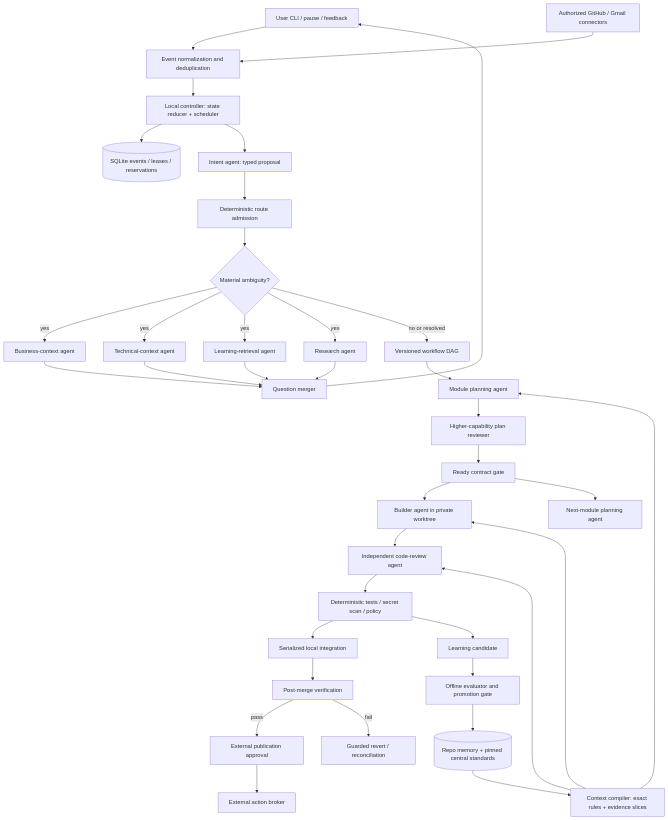
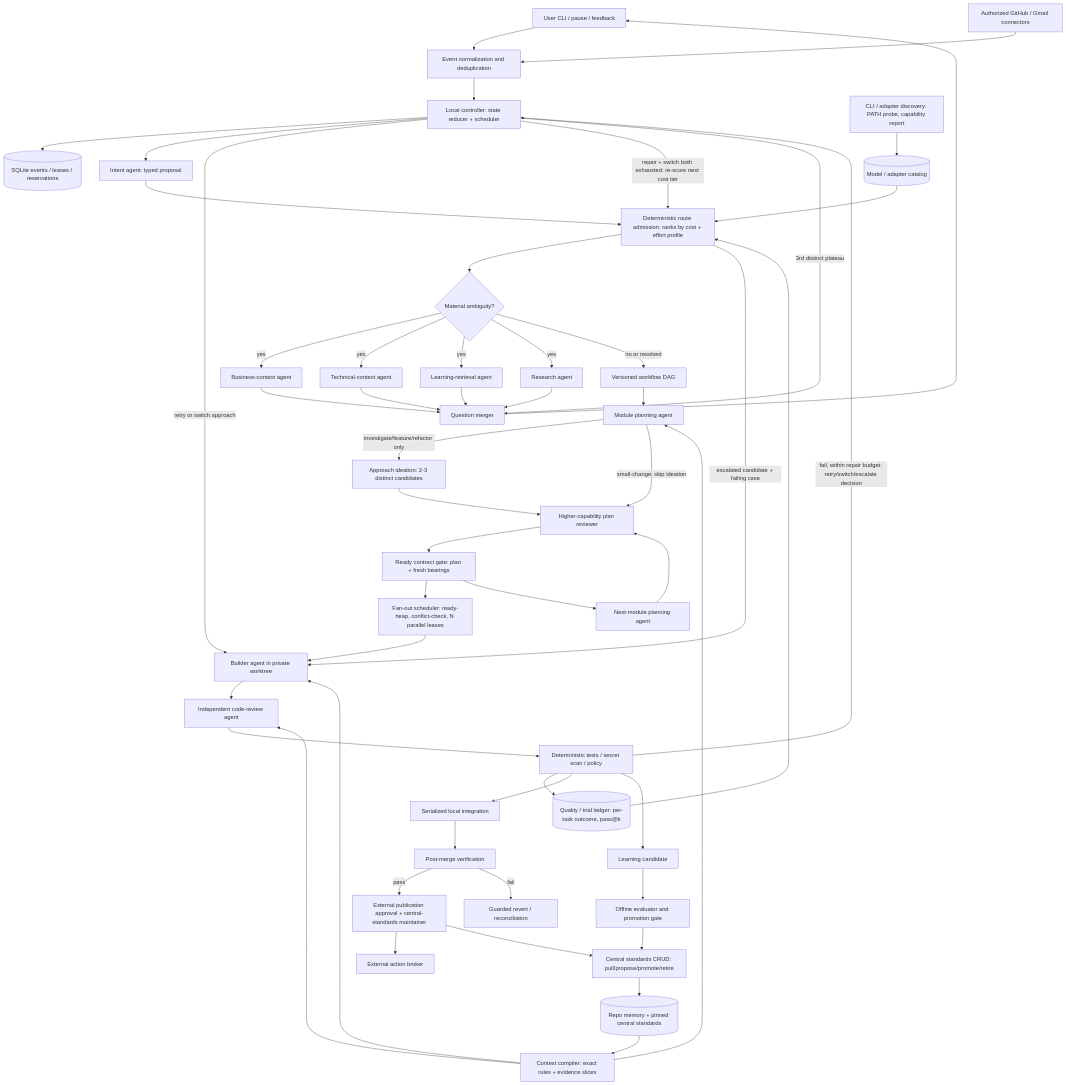
One commit to rachit-srivastava-devx/Light changed the first of 2 diagrams in fleet/docs/LLD/LLD.md. Above: the diagram before and after it, drawn with Mermaid. The commit also changed other lines of this file and 702 other files, not shown here.

````diff
--- a/fleet/docs/LLD/LLD.md
+++ b/fleet/docs/LLD/LLD.md
@@ -58,39 +62,54 @@
 ```mermaid
 flowchart TB
   User[User CLI / pause / feedback] --> Ingest[Event normalization and deduplication]
   Connectors[Authorized GitHub / Gmail connectors] --> Ingest
   Ingest --> Control[Local controller: state reducer + scheduler]
   Control --> Store[(SQLite events / leases / reservations)]
   Control --> Intent[Intent agent: typed proposal]
-  Intent --> Route[Deterministic route admission]
+  Intent --> Route[Deterministic route admission: ranks by cost + effort profile]
+  Discovery[CLI / adapter discovery: PATH probe, capability report] --> Catalog[(Model / adapter catalog)]
+  Catalog --> Route
   Route --> Scan{Material ambiguity?}
   Scan -->|yes| Business[Business-context agent]
   Scan -->|yes| Tech[Technical-context agent]
   Scan -->|yes| Learn[Learning-retrieval agent]
   Scan -->|yes| Research[Research agent]
   Business --> Questions[Question merger]
   Tech --> Questions
   Learn --> Questions
   Research --> Questions
   Questions --> User
   Scan -->|no or resolved| DAG[Versioned workflow DAG]
   DAG --> Planner[Module planning agent]
-  Planner --> PlanReview[Higher-capability plan reviewer]
-  PlanReview --> Ready[Ready contract gate]
-  Ready --> Builder[Builder agent in private worktree]
+  Planner -->|investigate/feature/refactor only| Ideation[Approach ideation: 2-3 distinct candidates]
+  Ideation --> PlanReview[Higher-capability plan reviewer]
+  Planner -->|small-change: skip ideation| PlanReview
+  PlanReview --> Ready[Ready contract gate: plan + fresh bearings]
+  Ready --> FanOut[Fan-out scheduler: ready-heap, conflict-check, N parallel leases]
   Ready --> NextPlan[Next-module planning agent]
+  NextPlan --> PlanReview
+  FanOut --> Builder[Builder agent in private worktree]
   Builder --> Review[Independent code-review agent]
   Review --> Verify[Deterministic tests / secret scan / policy]
+  Verify --> QualityLedger[(Quality / trial ledger: per-task outcome, pass@k)]
+  QualityLedger --> Route
+  Verify -->|fail, within repair budget: retry/switch/escalate decision| Control
+  Control -->|retry or switch approach| Builder
+  Control -->|repair + switch both exhausted: re-score next cost tier| Route
+  Route -->|escalated candidate + failing case| Builder
+  Control -->|3rd distinct plateau| Questions
   Verify --> Integrate[Serialized local integration]
   Integrate --> Post[Post-merge verification]
-  Post -->|pass| Approval[External publication approval]
+  Post -->|pass| Approval[External publication approval + central-standards maintainer]
   Post -->|fail| Rollback[Guarded revert / reconciliation]
   Approval --> Broker[External action broker]
+  Approval --> CentralSync[Central standards CRUD: pull/propose/promote/retire]
   Context[Context compiler: exact rules + evidence slices] --> Planner
   Context --> Builder
   Context --> Review
   Knowledge[(Repo memory + pinned central standards)] --> Context
   Verify --> Candidate[Learning candidate]
   Candidate --> Offline[Offline evaluator and promotion gate]
-  Offline --> Knowledge
+  Offline --> CentralSync
+  CentralSync --> Knowledge
 ```
````
